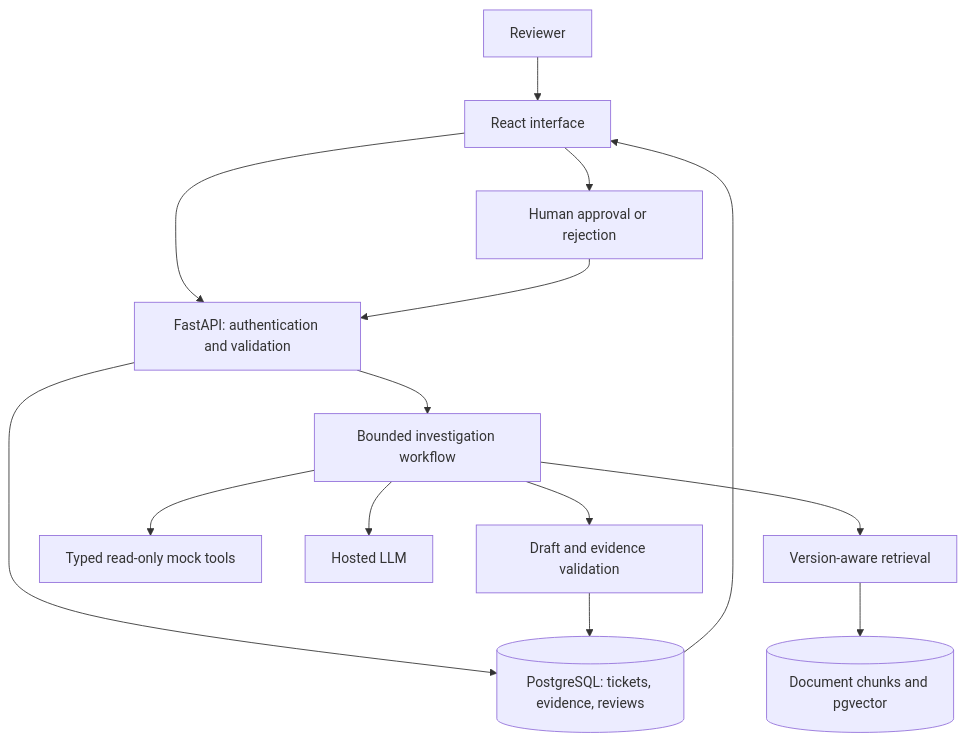
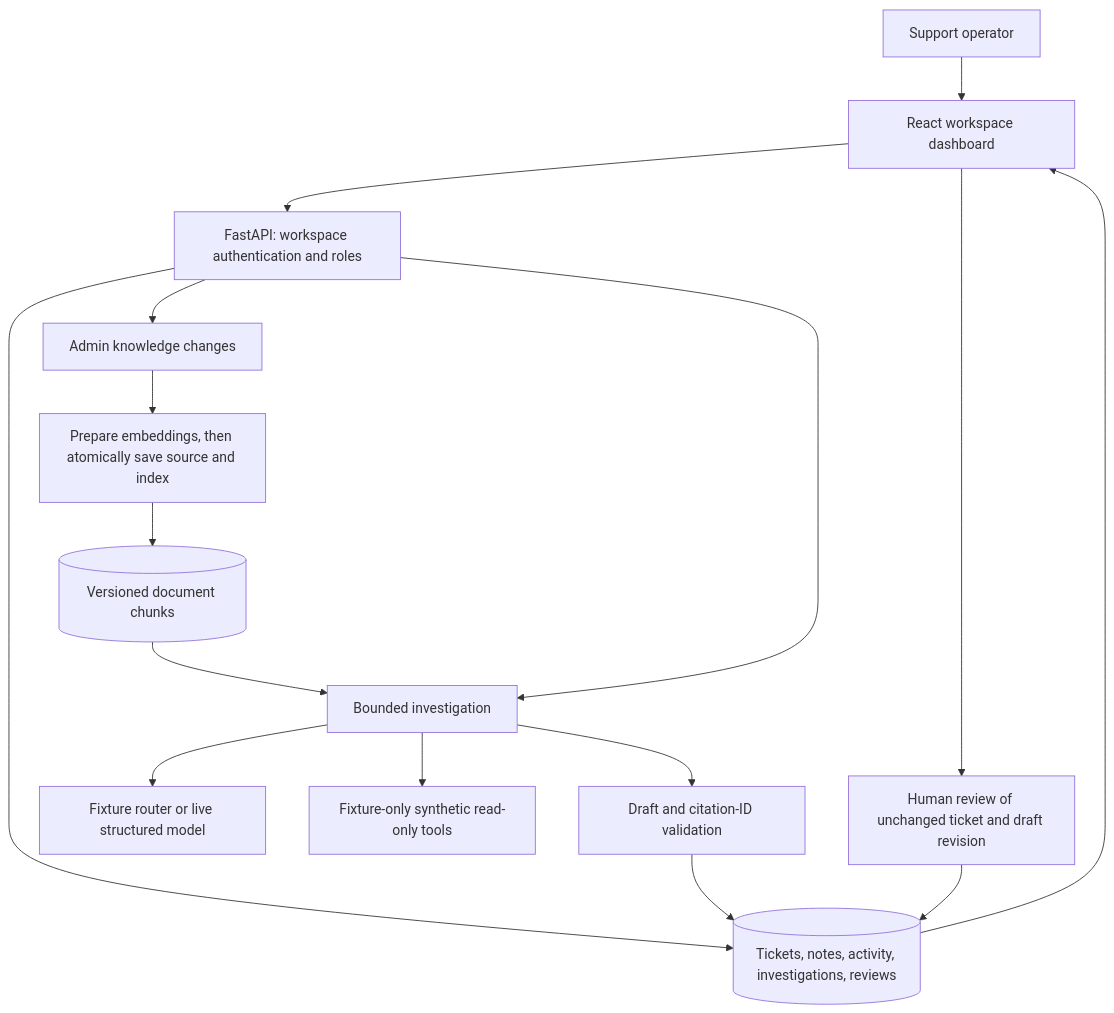
Before and after one commit to ayushap18/supportpilot: the diagram in docs/ARCHITECTURE.md, drawn with Mermaid. The commit also changed other lines of this file and 33 other files, not shown here.

Commit message:
Build standalone support workspace with operations dashboard and knowledge management

````diff
--- a/docs/ARCHITECTURE.md
+++ b/docs/ARCHITECTURE.md
@@ -7,16 +7,18 @@
 ```mermaid
 flowchart TD
-    U[Reviewer] --> UI[React interface]
-    UI --> API[FastAPI: authentication and validation]
-    API --> DB[(PostgreSQL: tickets, evidence, reviews)]
-    API --> W[Bounded investigation workflow]
-    W --> R[Version-aware retrieval]
-    R --> V[(Document chunks and pgvector)]
-    W --> T[Typed read-only mock tools]
-    W --> L[Hosted LLM]
-    W --> D[Draft and evidence validation]
+    U[Support operator] --> UI[React workspace dashboard]
+    UI --> API[FastAPI: workspace authentication and roles]
+    API --> DB[(Tickets, notes, activity, investigations, reviews)]
+    API --> K[Admin knowledge changes]
+    K --> I[Prepare embeddings, then atomically save source and index]
+    I --> V[(Versioned document chunks)]
+    API --> W[Bounded investigation]
+    V --> W
+    W --> P[Fixture router or live structured model]
+    W --> T[Fixture-only synthetic read-only tools]
+    W --> D[Draft and citation-ID validation]
     D --> DB
     DB --> UI
-    UI --> H[Human approval or rejection]
-    H --> API
+    UI --> R[Human review of unchanged ticket and draft revision]
+    R --> DB
 ```
````
